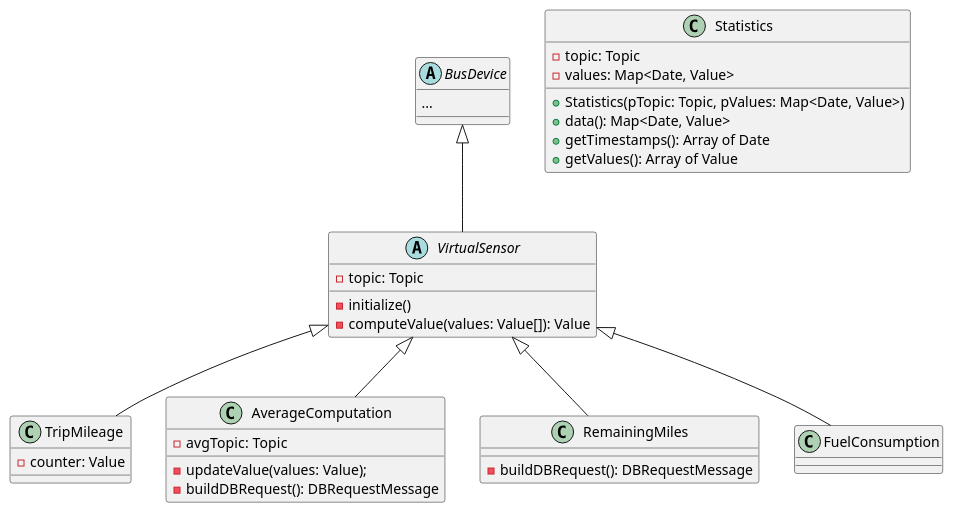
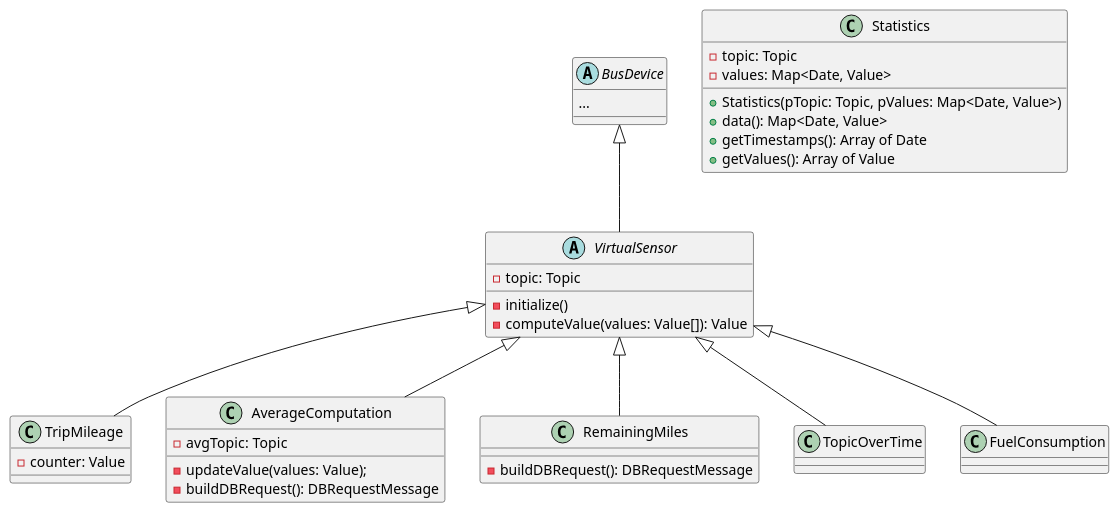
The diagram in Entwurf/diagrams/VirtualSensors.wsd (uzdry/PSE), drawn with PlantUML before and after one commit. The commit also changed 2 other files, not shown here.

```diff
--- a/Entwurf/diagrams/VirtualSensors.wsd
+++ b/Entwurf/diagrams/VirtualSensors.wsd
@@ -3,44 +3,44 @@
 @startuml
 
 abstract class BusDevice {
 	...
 }
 
 abstract class VirtualSensor {
 	-topic: Topic
 	-initialize()
 	-computeValue(values: Value[]): Value
 }
 
 class TripMileage {
 	-counter: Value
 }
 
 class AverageComputation {
 	-avgTopic: Topic
 	-updateValue(values: Value);
 	-buildDBRequest(): DBRequestMessage
 }
 
 class RemainingMiles {
 	-buildDBRequest(): DBRequestMessage
 }
 
 class Statistics {
 	-topic: Topic
 	-values: Map<Date, Value>
 	+Statistics(pTopic: Topic, pValues: Map<Date, Value>)
 	+data(): Map<Date, Value>
 	+getTimestamps(): Array of Date
 	+getValues(): Array of Value
 }
 
-
+VirtualSensor <|-- TopicOverTime
 VirtualSensor <|-- FuelConsumption
 VirtualSensor <|-- TripMileage
 VirtualSensor <|-- AverageComputation
 VirtualSensor <|-- RemainingMiles
 
 BusDevice <|-- VirtualSensor
 
 @enduml
```
